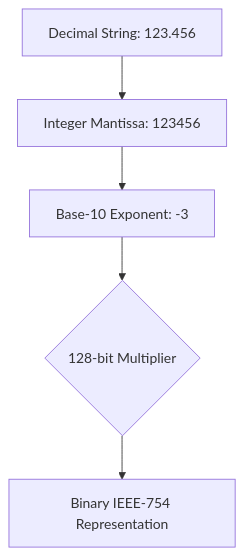
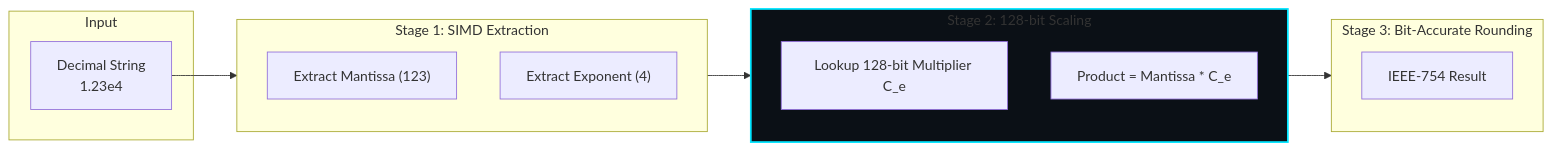
The diagram in docs/theory/russ-cox.md (qbuem/beast-json), drawn with Mermaid before and after one commit. The commit also changed other lines of this file and 6 other files, not shown here.

````diff
--- a/docs/theory/russ-cox.md
+++ b/docs/theory/russ-cox.md
@@ -37,7 +39,26 @@
 ```mermaid
-graph TD
-    A["Decimal String: 123.456"] --> B["Integer Mantissa: 123456"]
-    B --> C["Base-10 Exponent: -3"]
-    C --> D{"128-bit Multiplier"}
-    D --> E["Binary IEEE-754 Representation"]
+graph LR
+    subgraph Input
+    S["Decimal String<br/>1.23e4"]
+    end
+    
+    subgraph Stage1["Stage 1: SIMD Extraction"]
+    M["Extract Mantissa (123)"]
+    E["Extract Exponent (4)"]
+    end
+    
+    subgraph Stage2["Stage 2: 128-bit Scaling"]
+    C["Lookup 128-bit Multiplier C_e"]
+    P["Product = Mantissa * C_e"]
+    end
+    
+    subgraph Output["Stage 3: Bit-Accurate Rounding"]
+    R["IEEE-754 Result"]
+    end
+    
+    S --> Stage1
+    Stage1 --> Stage2
+    Stage2 --> Output
+    
+    style Stage2 fill:#0b1016,stroke:#00e5ff,stroke-width:2px
 ```
````
